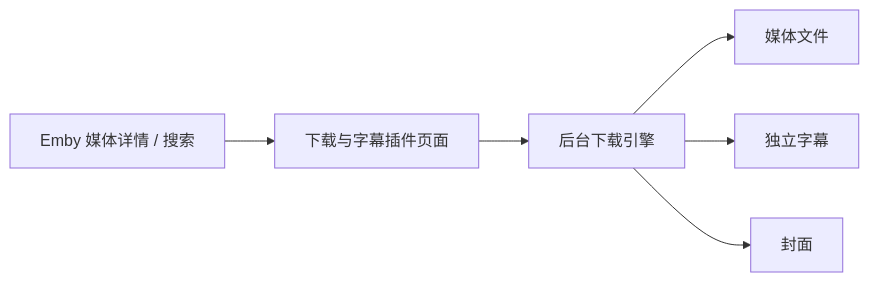
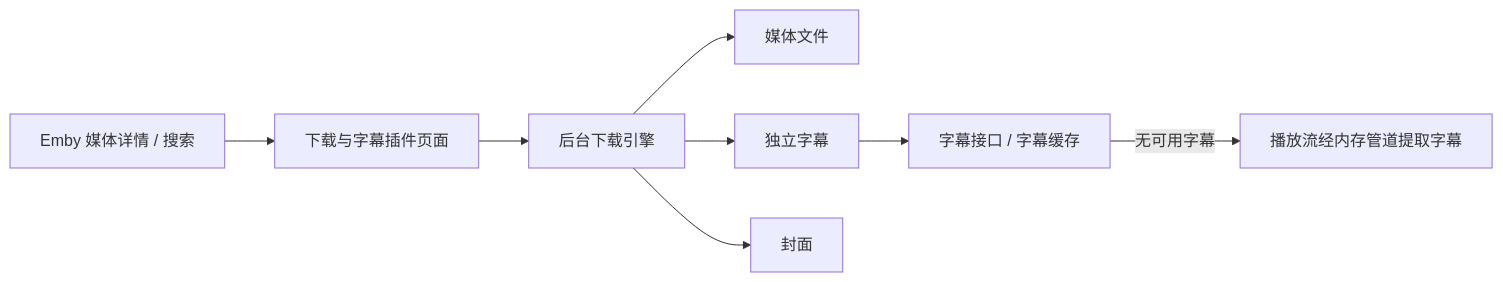
One commit to kltyton/EmbyDownloader changed the diagram in README.md. Above: the diagram before and after it, drawn with Mermaid. The commit also changed other lines of this file and 8 other files, not shown here.

````diff
--- a/README.md
+++ b/README.md
@@ -141,8 +143,10 @@
 ```mermaid
 flowchart LR
     A[Emby 媒体详情 / 搜索] --> B[下载与字幕插件页面]
     B --> C[后台下载引擎]
     C --> D[媒体文件]
     C --> E[独立字幕]
+    E --> G[字幕接口 / 字幕缓存]
+    G -->|无可用字幕| H[播放流经内存管道提取字幕]
     C --> F[封面]
 ```
````
